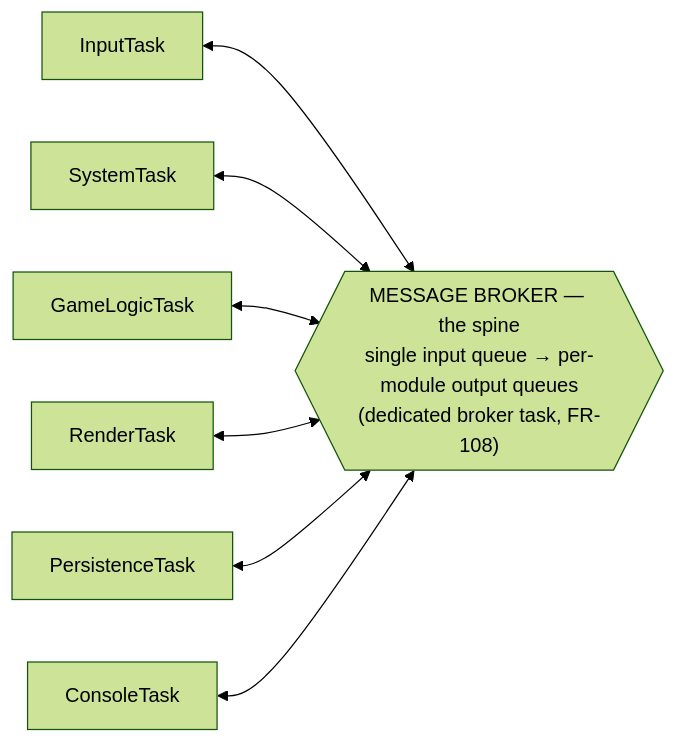
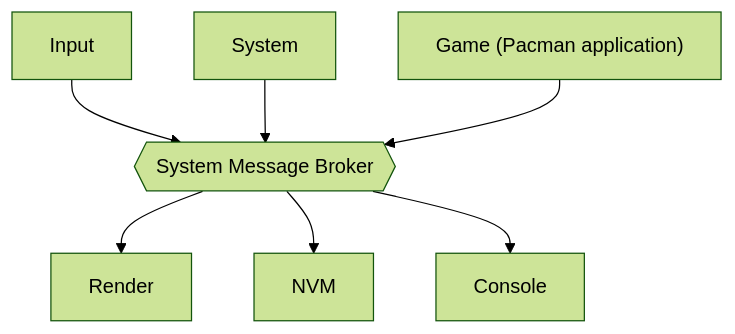
One commit to MaxLell/MicroPacControllerMan changed the first of 3 diagrams in Docu/PrePlanning/03-Architecture.md. Above: the diagram before and after it, drawn with Mermaid (forest theme). The commit also changed other lines of this file and 4 other files, not shown here.

First line of the commit message:
Raise docs to functional-spec altitude; add modules, block diagrams, reqs

````diff
--- a/Docu/PrePlanning/03-Architecture.md
+++ b/Docu/PrePlanning/03-Architecture.md
@@ -70,16 +57,16 @@
 ```mermaid
-flowchart LR
-    IN[InputTask]
-    SY[SystemTask]
-    GL[GameLogicTask]
-    RE[RenderTask]
-    PE[PersistenceTask]
-    CO[ConsoleTask]
-    MB{{"MESSAGE BROKER — the spine<br/>single input queue → per-module output queues<br/>(dedicated broker task, FR-108)"}}
-    IN <--> MB
-    SY <--> MB
-    GL <--> MB
-    RE <--> MB
-    PE <--> MB
-    CO <--> MB
+flowchart TB
+    IN[Input]
+    SY[System]
+    GA["Game (Pacman application)"]
+    BROKER{{"System Message Broker"}}
+    RE[Render]
+    NV[NVM]
+    CO[Console]
+    IN --> BROKER
+    SY --> BROKER
+    GA --> BROKER
+    BROKER --> RE
+    BROKER --> NV
+    BROKER --> CO
 ```
````
